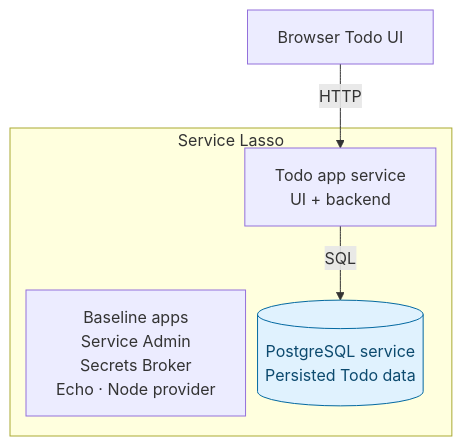
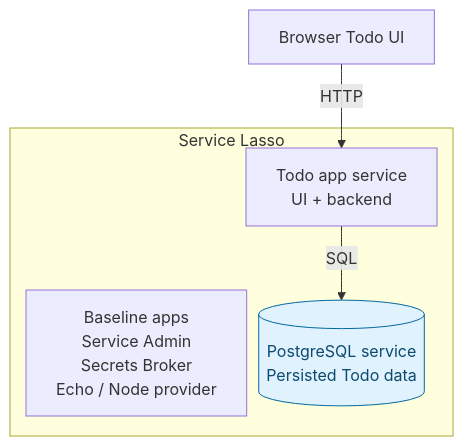
Before and after one commit to service-lasso/service-lasso: the diagram in docs/getting-started/intermediate-make-todo-app-durable.md, drawn with Mermaid. The commit also changed 4 other files, not shown here.

````diff
--- a/docs/getting-started/intermediate-make-todo-app-durable.md
+++ b/docs/getting-started/intermediate-make-todo-app-durable.md
@@ -18,16 +18,16 @@
 ```mermaid
 %%{init: {"flowchart": {"nodeSpacing": 12, "rankSpacing": 40}}}%%
 flowchart TB
   accTitle: Stage 2: Add managed PostgreSQL
   accDescr: Service Lasso manages the Todo app from stage one alongside baseline apps. Stage two adds PostgreSQL. Stage three adds a Go API between the Todo service and database. JSON storage belongs to the Todo service and is not a separate service.
   browser["Browser Todo UI"]
   subgraph lasso["Service Lasso"]
-    baseline["Baseline apps<br/>Service Admin<br/>Secrets Broker<br/>Echo · Node provider"]
+    baseline["Baseline apps<br/>Service Admin<br/>Secrets Broker<br/>Echo / Node provider"]
     todo["Todo app service<br/>UI + backend"]
     db[("PostgreSQL service<br/>Persisted Todo data")]
   end
   browser -->|HTTP| todo
   todo -->|SQL| db
   classDef added fill:#e0f2fe,stroke:#0369a1,color:#0c4a6e
   class db added
 ```
````
